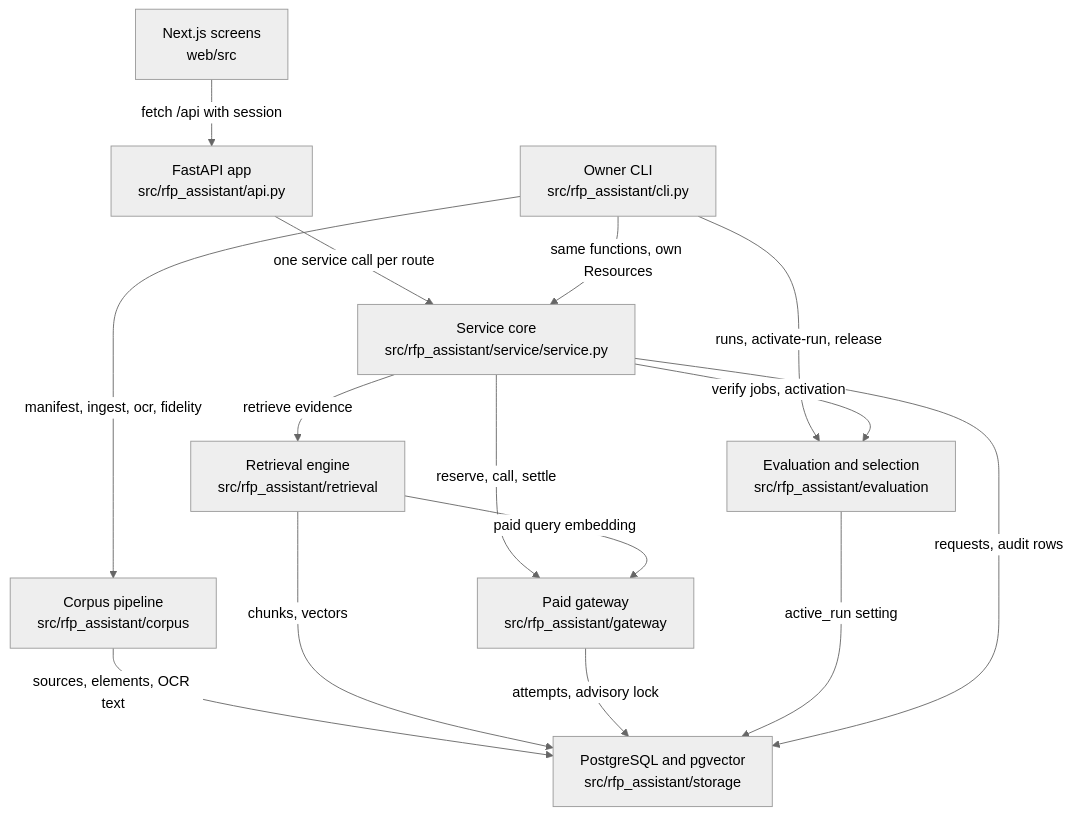
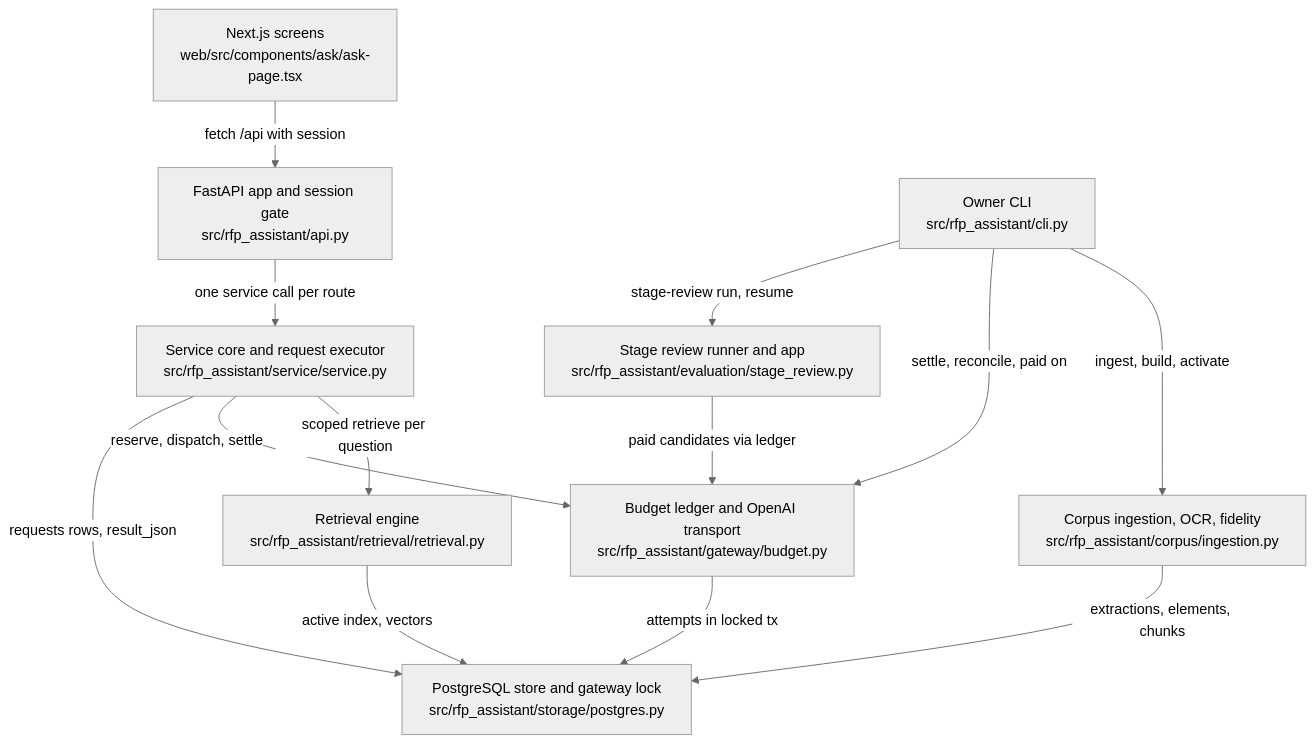
One commit to littleeeeebit/project-codeit-mid changed the diagram in .omm/overall-architecture/diagram.mmd. Above: the diagram before and after it, drawn with Mermaid (neutral theme). The commit also changed 402 other files, not shown here.

```diff
--- a/.omm/overall-architecture/diagram.mmd
+++ b/.omm/overall-architecture/diagram.mmd
@@ -1,15 +1,22 @@
 graph TD
-  web-screens["Next.js screens\nweb/src"] -->|"fetch /api with session"| http-api["FastAPI app\nsrc/rfp_assistant/api.py"]
-  http-api -->|"one service call per route"| service-core["Service core\nsrc/rfp_assistant/service/service.py"]
-  owner-cli["Owner CLI\nsrc/rfp_assistant/cli.py"] -->|"same functions, own Resources"| service-core
-  owner-cli -->|"manifest, ingest, ocr, fidelity"| corpus-pipeline["Corpus pipeline\nsrc/rfp_assistant/corpus"]
-  owner-cli -->|"runs, activate-run, release"| evaluation-suite["Evaluation and selection\nsrc/rfp_assistant/evaluation"]
-  service-core -->|"verify jobs, activation"| evaluation-suite
-  service-core -->|"retrieve evidence"| retrieval-engine["Retrieval engine\nsrc/rfp_assistant/retrieval"]
-  service-core -->|"reserve, call, settle"| paid-gateway["Paid gateway\nsrc/rfp_assistant/gateway"]
-  retrieval-engine -->|"paid query embedding"| paid-gateway
-  corpus-pipeline -->|"sources, elements, OCR text"| postgres-store["PostgreSQL and pgvector\nsrc/rfp_assistant/storage"]
-  retrieval-engine -->|"chunks, vectors"| postgres-store
-  paid-gateway -->|"attempts, advisory lock"| postgres-store
-  evaluation-suite -->|"active_run setting"| postgres-store
-  service-core -->|"requests, audit rows"| postgres-store
+  web-screens["Next.js screens\nweb/src/components/ask/ask-page.tsx"]
+  http-api["FastAPI app and session gate\nsrc/rfp_assistant/api.py"]
+  service-core["Service core and request executor\nsrc/rfp_assistant/service/service.py"]
+  retrieval-engine["Retrieval engine\nsrc/rfp_assistant/retrieval/retrieval.py"]
+  paid-gateway["Budget ledger and OpenAI transport\nsrc/rfp_assistant/gateway/budget.py"]
+  postgres-store["PostgreSQL store and gateway lock\nsrc/rfp_assistant/storage/postgres.py"]
+  corpus-pipeline["Corpus ingestion, OCR, fidelity\nsrc/rfp_assistant/corpus/ingestion.py"]
+  owner-cli["Owner CLI\nsrc/rfp_assistant/cli.py"]
+  stage-review["Stage review runner and app\nsrc/rfp_assistant/evaluation/stage_review.py"]
+  web-screens -->|"fetch /api with session"| http-api
+  http-api -->|"one service call per route"| service-core
+  service-core -->|"scoped retrieve per question"| retrieval-engine
+  service-core -->|"reserve, dispatch, settle"| paid-gateway
+  service-core -->|"requests rows, result_json"| postgres-store
+  paid-gateway -->|"attempts in locked tx"| postgres-store
+  retrieval-engine -->|"active index, vectors"| postgres-store
+  corpus-pipeline -->|"extractions, elements, chunks"| postgres-store
+  owner-cli -->|"ingest, build, activate"| corpus-pipeline
+  owner-cli -->|"settle, reconcile, paid on"| paid-gateway
+  owner-cli -->|"stage-review run, resume"| stage-review
+  stage-review -->|"paid candidates via ledger"| paid-gateway
```
